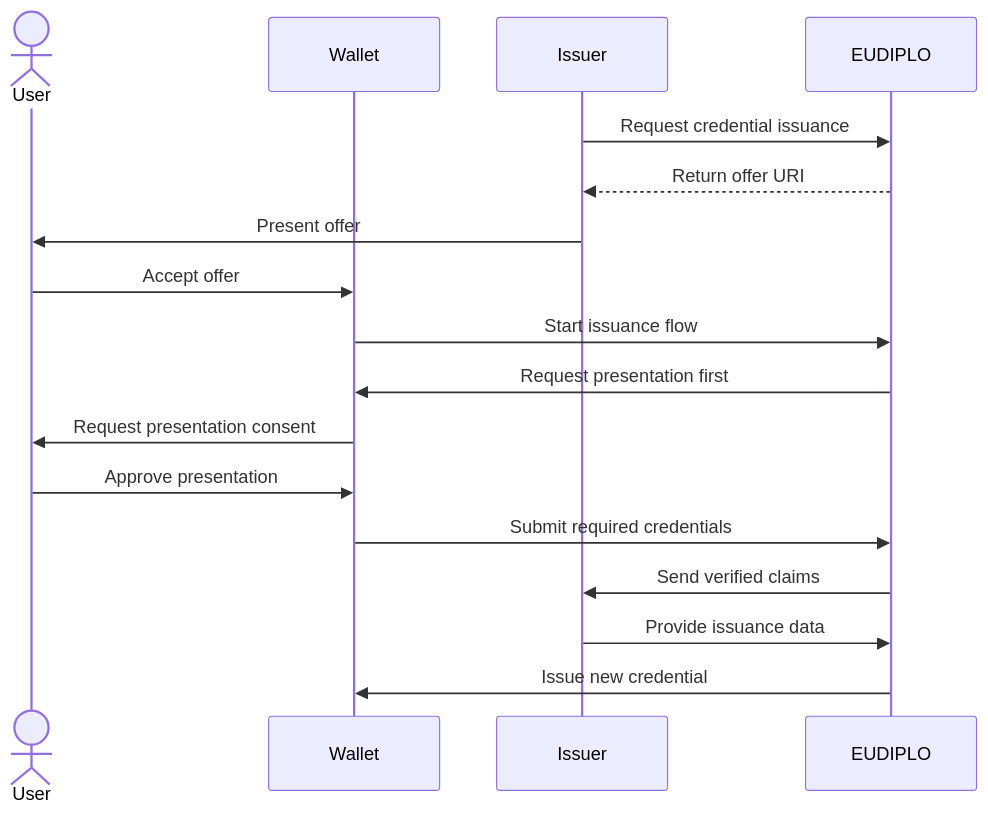
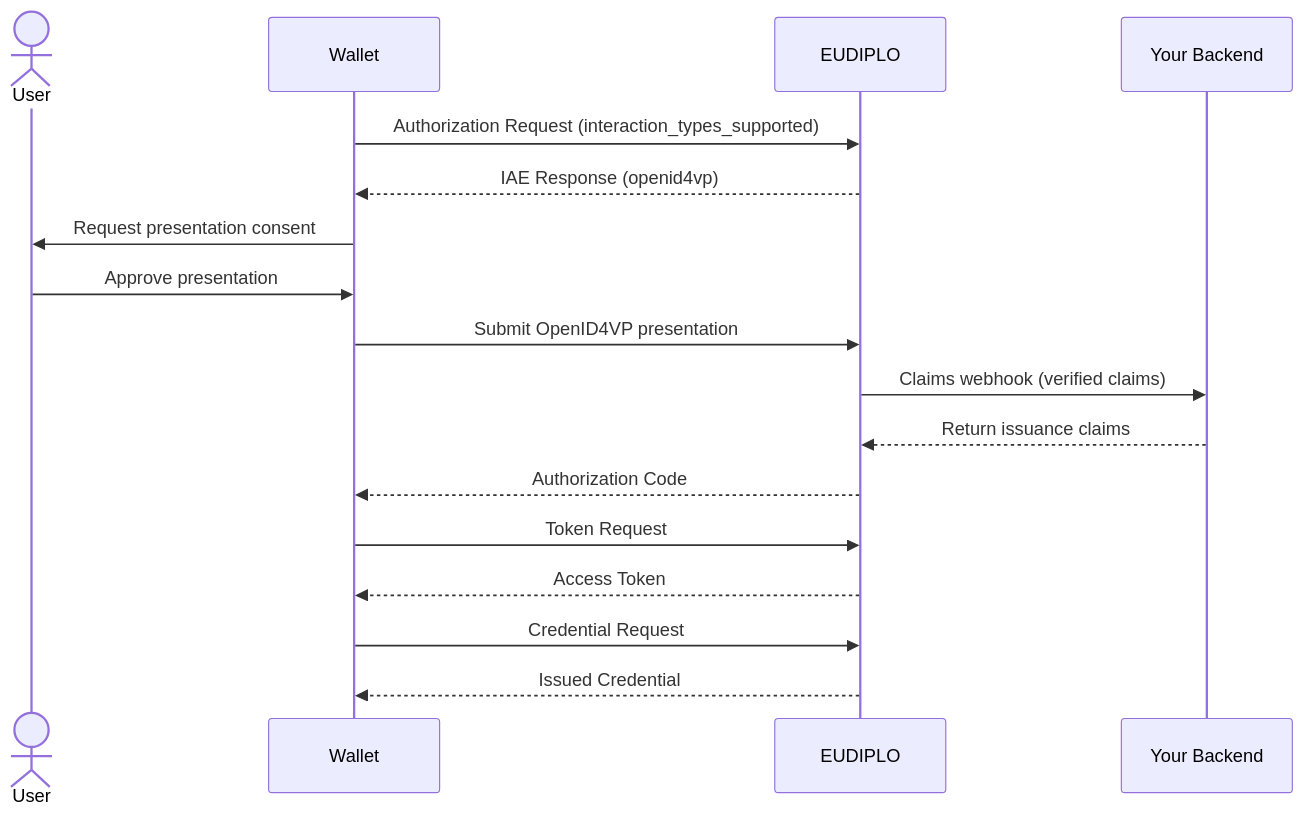
Before and after one commit to openwallet-foundation-labs/eudiplo: the second of 2 diagrams in docs/getting-started/presentation/index.md, drawn with Mermaid. The commit also changed other lines of this file and 44 other files, not shown here.

````diff
--- a/docs/getting-started/presentation/index.md
+++ b/docs/getting-started/presentation/index.md
@@ -121,20 +121,20 @@
 ```mermaid
 sequenceDiagram
     actor User
     participant Wallet
-    participant Issuer
     participant EUDIPLO
+    participant Backend as Your Backend
 
-    Issuer->>EUDIPLO: Request credential issuance
-    EUDIPLO-->>Issuer: Return offer URI
-    Issuer->>User: Present offer
-    User->>Wallet: Accept offer
-    Wallet->>EUDIPLO: Start issuance flow
-    EUDIPLO->>Wallet: Request presentation first
+    Wallet->>EUDIPLO: Authorization Request (interaction_types_supported)
+    EUDIPLO-->>Wallet: IAE Response (openid4vp)
     Wallet->>User: Request presentation consent
     User->>Wallet: Approve presentation
-    Wallet->>EUDIPLO: Submit required credentials
-    EUDIPLO->>Issuer: Send verified claims
-    Issuer->>EUDIPLO: Provide issuance data
-    EUDIPLO->>Wallet: Issue new credential
+    Wallet->>EUDIPLO: Submit OpenID4VP presentation
+    EUDIPLO->>Backend: Claims webhook (verified claims)
+    Backend-->>EUDIPLO: Return issuance claims
+    EUDIPLO-->>Wallet: Authorization Code
+    Wallet->>EUDIPLO: Token Request
+    EUDIPLO-->>Wallet: Access Token
+    Wallet->>EUDIPLO: Credential Request
+    EUDIPLO-->>Wallet: Issued Credential
 ```
````
